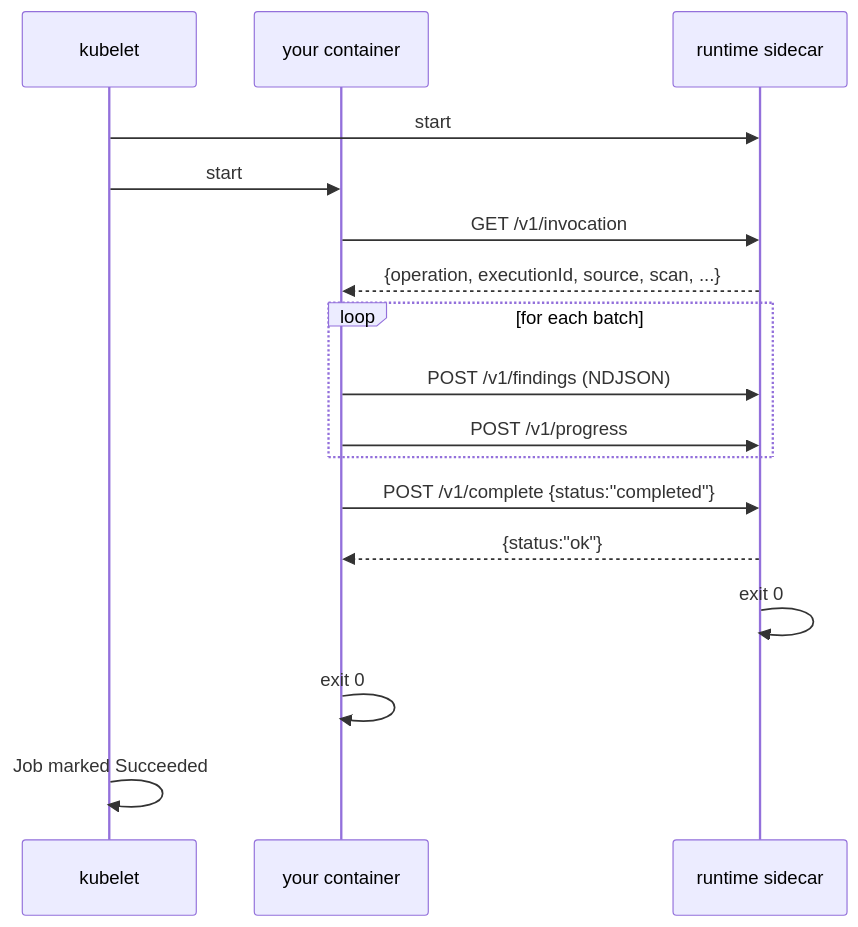
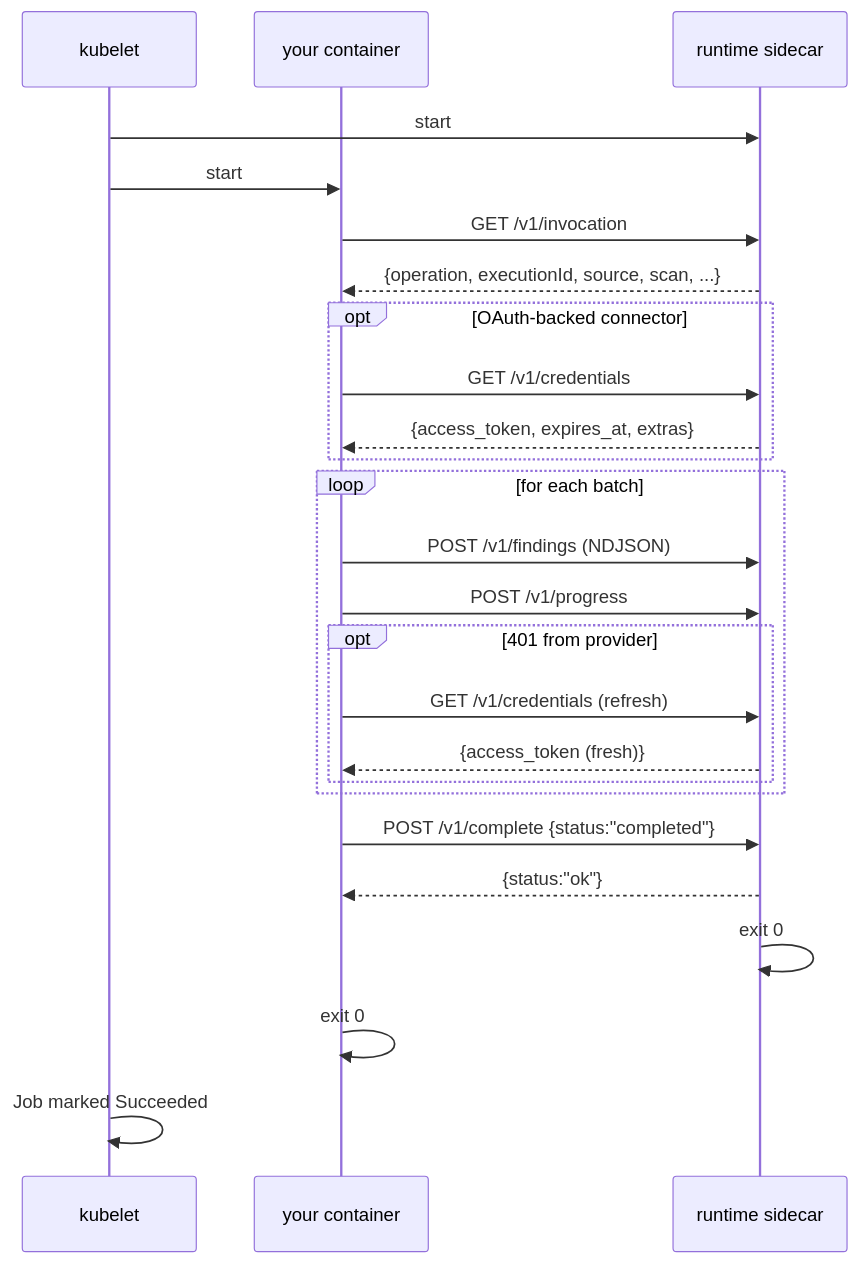
One commit to gman247/aa26-connector-cli changed the diagram in docs/runtime-contract.md. Above: the diagram before and after it, drawn with Mermaid. The commit also changed other lines of this file and 7 other files, not shown here.

````diff
--- a/docs/runtime-contract.md
+++ b/docs/runtime-contract.md
@@ -9,19 +9,27 @@
 ```mermaid
 sequenceDiagram
   participant K as kubelet
   participant C as your container
   participant S as runtime sidecar
   K->>S: start
   K->>C: start
   C->>S: GET /v1/invocation
   S-->>C: {operation, executionId, source, scan, ...}
+  opt OAuth-backed connector
+    C->>S: GET /v1/credentials
+    S-->>C: {access_token, expires_at, extras}
+  end
   loop for each batch
     C->>S: POST /v1/findings (NDJSON)
     C->>S: POST /v1/progress
+    opt 401 from provider
+      C->>S: GET /v1/credentials (refresh)
+      S-->>C: {access_token (fresh)}
+    end
   end
   C->>S: POST /v1/complete {status:"completed"}
   S-->>C: {status:"ok"}
   S->>S: exit 0
   C->>C: exit 0
   K->>K: Job marked Succeeded
 ```
````
